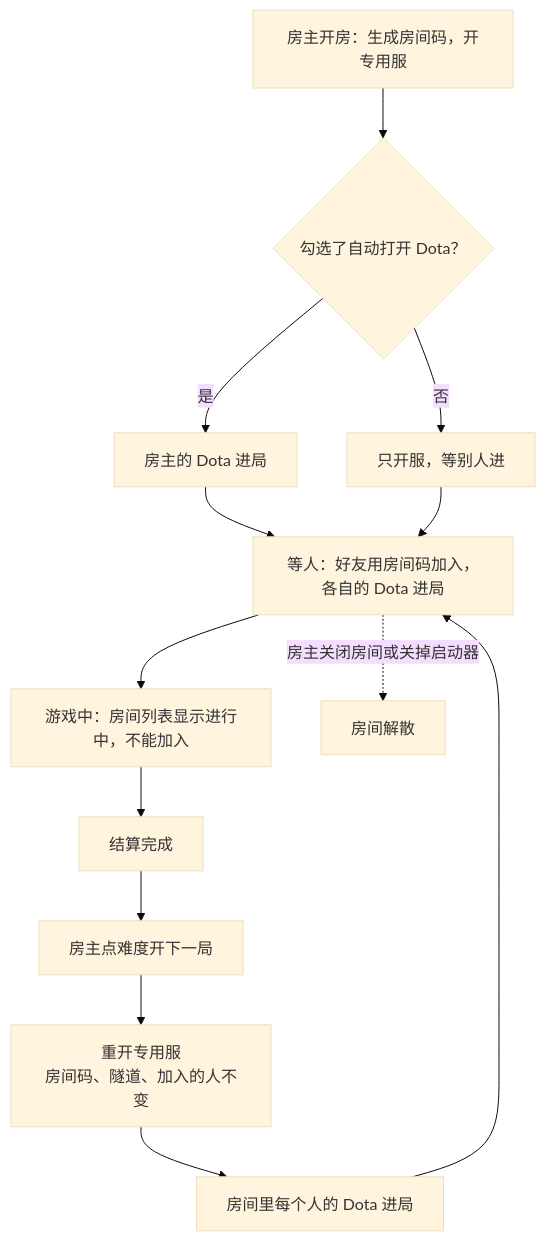
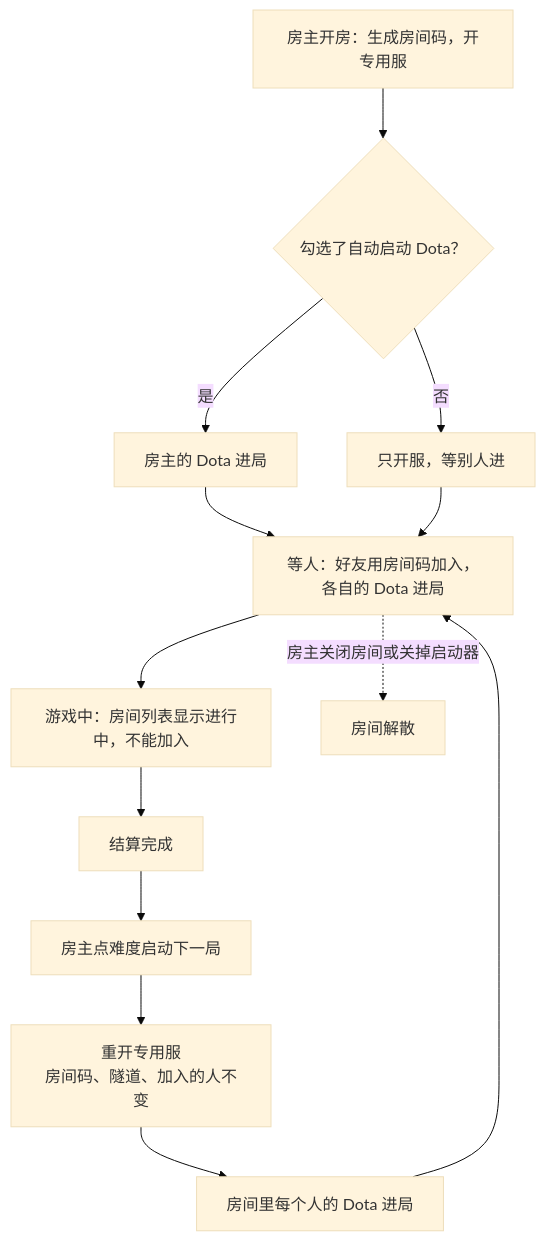
The first of 2 diagrams in docs/design/launcher-multiplayer/phase-7-continuous-room.md (windy10v10ai/firebase), drawn with Mermaid (base theme) before and after one commit. The commit also changed other lines of this file and 1 other file, not shown here.

````diff
--- a/docs/design/launcher-multiplayer/phase-7-continuous-room.md
+++ b/docs/design/launcher-multiplayer/phase-7-continuous-room.md
@@ -41,15 +42,15 @@
 ```mermaid
 flowchart TD
-  A[房主开房：生成房间码，开专用服] --> B{勾选了自动打开 Dota？}
+  A[房主开房：生成房间码，开专用服] --> B{勾选了自动启动 Dota？}
   B -- 是 --> C[房主的 Dota 进局]
   B -- 否 --> D[只开服，等别人进]
   C --> E[等人：好友用房间码加入，各自的 Dota 进局]
   D --> E
   E --> F[游戏中：房间列表显示进行中，不能加入]
   F --> G[结算完成]
-  G --> H[房主点难度开下一局]
+  G --> H[房主点难度启动下一局]
   H --> I[重开专用服<br/>房间码、隧道、加入的人不变]
   I --> J[房间里每个人的 Dota 进局]
   J --> E
   E -. 房主关闭房间或关掉启动器 .-> K[房间解散]
 ```
````
